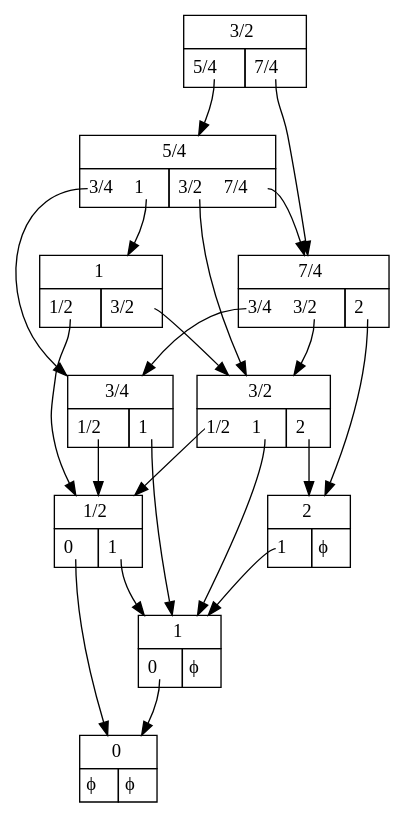
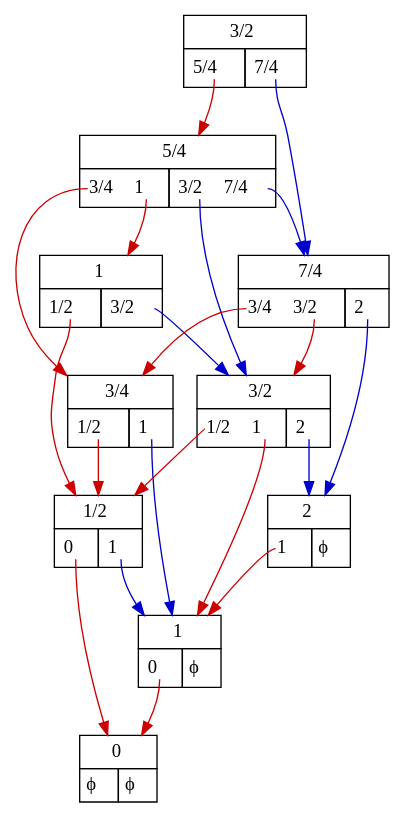
The diagram in examples/Data/addition_ex_12.dot (mroughan/SurrealNumbers.jl), drawn with Graphviz before and after one commit. The commit also changed 42 other files, not shown here.

```diff
--- a/examples/Data/addition_ex_12.dot
+++ b/examples/Data/addition_ex_12.dot
@@ -1,82 +1,82 @@
 digraph "1.5" {
    node_1 [shape=none,margin=0,label=
          <<TABLE BORDER="0" CELLBORDER="1" CELLSPACING="0" CELLPADDING="4">
          <TR><TD COLSPAN="2">3/2</TD></TR>
          <TR><TD PORT="L"> <TABLE BORDER="0" CELLBORDER="0" CELLPADDING="0"><TR><TD PORT="5/4,1"> 5/4 </TD> &nbsp; </TR></TABLE> </TD><TD PORT="R"> <TABLE BORDER="0" CELLBORDER="0" CELLPADDING="0"><TR><TD PORT="7/4,1"> 7/4 </TD> &nbsp; </TR></TABLE> </TD></TR>
          </TABLE>>,
          ];
-   node_1:"5/4,1" -> node_2;
+   node_1:"5/4,1" -> node_2 [color="red3"];
    node_2 [shape=none,margin=0,label=
          <<TABLE BORDER="0" CELLBORDER="1" CELLSPACING="0" CELLPADDING="4">
          <TR><TD COLSPAN="2">5/4</TD></TR>
          <TR><TD PORT="L"> <TABLE BORDER="0" CELLBORDER="0" CELLPADDING="0"><TR><TD PORT="3/4,1"> 3/4 </TD> &nbsp; <TD PORT="1,2"> 1 </TD> &nbsp; </TR></TABLE> </TD><TD PORT="R"> <TABLE BORDER="0" CELLBORDER="0" CELLPADDING="0"><TR><TD PORT="3/2,1"> 3/2 </TD> &nbsp; <TD PORT="7/4,2"> 7/4 </TD> &nbsp; </TR></TABLE> </TD></TR>
          </TABLE>>,
          ];
-   node_2:"3/4,1" -> node_3;
+   node_2:"3/4,1" -> node_3 [color="red3"];
    node_3 [shape=none,margin=0,label=
          <<TABLE BORDER="0" CELLBORDER="1" CELLSPACING="0" CELLPADDING="4">
          <TR><TD COLSPAN="2">3/4</TD></TR>
          <TR><TD PORT="L"> <TABLE BORDER="0" CELLBORDER="0" CELLPADDING="0"><TR><TD PORT="1/2,1"> 1/2 </TD> &nbsp; </TR></TABLE> </TD><TD PORT="R"> <TABLE BORDER="0" CELLBORDER="0" CELLPADDING="0"><TR><TD PORT="1,1"> 1 </TD> &nbsp; </TR></TABLE> </TD></TR>
          </TABLE>>,
          ];
-   node_3:"1/2,1" -> node_4;
+   node_3:"1/2,1" -> node_4 [color="red3"];
    node_4 [shape=none,margin=0,label=
          <<TABLE BORDER="0" CELLBORDER="1" CELLSPACING="0" CELLPADDING="4">
          <TR><TD COLSPAN="2">1/2</TD></TR>
          <TR><TD PORT="L"> <TABLE BORDER="0" CELLBORDER="0" CELLPADDING="0"><TR><TD PORT="0,1"> 0 </TD> &nbsp; </TR></TABLE> </TD><TD PORT="R"> <TABLE BORDER="0" CELLBORDER="0" CELLPADDING="0"><TR><TD PORT="1,1"> 1 </TD> &nbsp; </TR></TABLE> </TD></TR>
          </TABLE>>,
          ];
-   node_4:"0,1" -> node_5;
+   node_4:"0,1" -> node_5 [color="red3"];
    node_5 [shape=none,margin=0,label=
          <<TABLE BORDER="0" CELLBORDER="1" CELLSPACING="0" CELLPADDING="4">
          <TR><TD COLSPAN="2">0</TD></TR>
          <TR><TD PORT="L"> ϕ </TD><TD PORT="R"> ϕ </TD></TR>
          </TABLE>>,
          ];
-   node_4:"1,1" -> node_6;
+   node_4:"1,1" -> node_6 [color="blue3"];
    node_6 [shape=none,margin=0,label=
          <<TABLE BORDER="0" CELLBORDER="1" CELLSPACING="0" CELLPADDING="4">
          <TR><TD COLSPAN="2">1</TD></TR>
          <TR><TD PORT="L"> <TABLE BORDER="0" CELLBORDER="0" CELLPADDING="0"><TR><TD PORT="0,1"> 0 </TD> &nbsp; </TR></TABLE> </TD><TD PORT="R"> ϕ </TD></TR>
          </TABLE>>,
          ];
-   node_6:"0,1" -> node_5;
-   node_3:"1,1" -> node_6;
-   node_2:"1,2" -> node_7;
+   node_6:"0,1" -> node_5 [color="red3"];
+   node_3:"1,1" -> node_6 [color="blue3"];
+   node_2:"1,2" -> node_7 [color="red3"];
    node_7 [shape=none,margin=0,label=
          <<TABLE BORDER="0" CELLBORDER="1" CELLSPACING="0" CELLPADDING="4">
          <TR><TD COLSPAN="2">1</TD></TR>
          <TR><TD PORT="L"> <TABLE BORDER="0" CELLBORDER="0" CELLPADDING="0"><TR><TD PORT="1/2,1"> 1/2 </TD> &nbsp; </TR></TABLE> </TD><TD PORT="R"> <TABLE BORDER="0" CELLBORDER="0" CELLPADDING="0"><TR><TD PORT="3/2,1"> 3/2 </TD> &nbsp; </TR></TABLE> </TD></TR>
          </TABLE>>,
          ];
-   node_7:"1/2,1" -> node_4;
-   node_7:"3/2,1" -> node_8;
+   node_7:"1/2,1" -> node_4 [color="red3"];
+   node_7:"3/2,1" -> node_8 [color="blue3"];
    node_8 [shape=none,margin=0,label=
          <<TABLE BORDER="0" CELLBORDER="1" CELLSPACING="0" CELLPADDING="4">
          <TR><TD COLSPAN="2">3/2</TD></TR>
          <TR><TD PORT="L"> <TABLE BORDER="0" CELLBORDER="0" CELLPADDING="0"><TR><TD PORT="1/2,1"> 1/2 </TD> &nbsp; <TD PORT="1,2"> 1 </TD> &nbsp; </TR></TABLE> </TD><TD PORT="R"> <TABLE BORDER="0" CELLBORDER="0" CELLPADDING="0"><TR><TD PORT="2,1"> 2 </TD> &nbsp; </TR></TABLE> </TD></TR>
          </TABLE>>,
          ];
-   node_8:"1/2,1" -> node_4;
-   node_8:"1,2" -> node_6;
-   node_8:"2,1" -> node_9;
+   node_8:"1/2,1" -> node_4 [color="red3"];
+   node_8:"1,2" -> node_6 [color="red3"];
+   node_8:"2,1" -> node_9 [color="blue3"];
    node_9 [shape=none,margin=0,label=
          <<TABLE BORDER="0" CELLBORDER="1" CELLSPACING="0" CELLPADDING="4">
          <TR><TD COLSPAN="2">2</TD></TR>
          <TR><TD PORT="L"> <TABLE BORDER="0" CELLBORDER="0" CELLPADDING="0"><TR><TD PORT="1,1"> 1 </TD> &nbsp; </TR></TABLE> </TD><TD PORT="R"> ϕ </TD></TR>
          </TABLE>>,
          ];
-   node_9:"1,1" -> node_6;
-   node_2:"3/2,1" -> node_8;
-   node_2:"7/4,2" -> node_10;
+   node_9:"1,1" -> node_6 [color="red3"];
+   node_2:"3/2,1" -> node_8 [color="blue3"];
+   node_2:"7/4,2" -> node_10 [color="blue3"];
    node_10 [shape=none,margin=0,label=
          <<TABLE BORDER="0" CELLBORDER="1" CELLSPACING="0" CELLPADDING="4">
          <TR><TD COLSPAN="2">7/4</TD></TR>
          <TR><TD PORT="L"> <TABLE BORDER="0" CELLBORDER="0" CELLPADDING="0"><TR><TD PORT="3/4,1"> 3/4 </TD> &nbsp; <TD PORT="3/2,2"> 3/2 </TD> &nbsp; </TR></TABLE> </TD><TD PORT="R"> <TABLE BORDER="0" CELLBORDER="0" CELLPADDING="0"><TR><TD PORT="2,1"> 2 </TD> &nbsp; </TR></TABLE> </TD></TR>
          </TABLE>>,
          ];
-   node_10:"3/4,1" -> node_3;
-   node_10:"3/2,2" -> node_8;
-   node_10:"2,1" -> node_9;
-   node_1:"7/4,1" -> node_10;
+   node_10:"3/4,1" -> node_3 [color="red3"];
+   node_10:"3/2,2" -> node_8 [color="red3"];
+   node_10:"2,1" -> node_9 [color="blue3"];
+   node_1:"7/4,1" -> node_10 [color="blue3"];
 }
```
